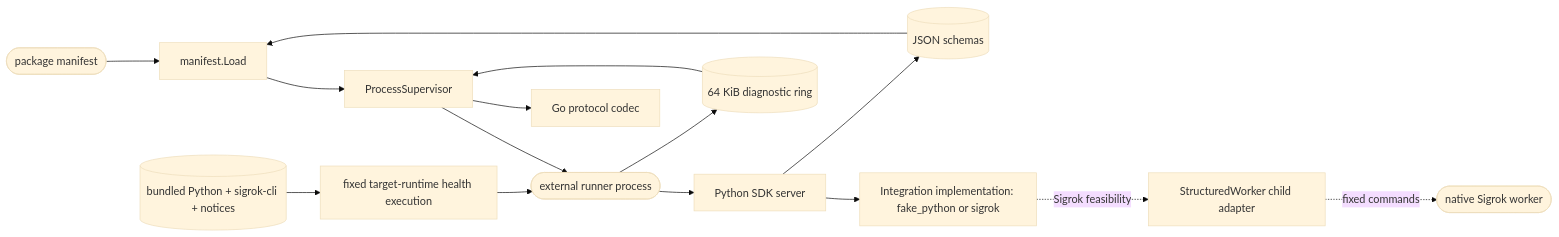
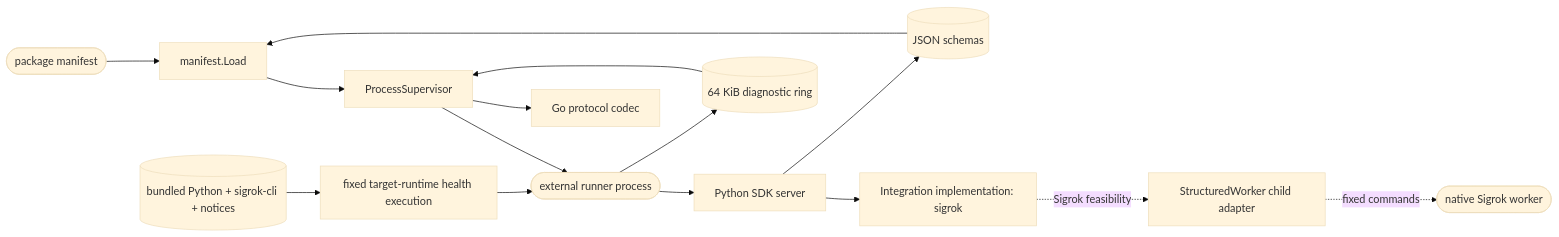
Before and after one commit to DDP-Engineering/2026_Networked_Intelligent_Lab_Orchestrator: the diagram in .agentic/knowledge/integration-platform.md, drawn with Mermaid (base theme). The commit also changed other lines of this file and 1093 other files, not shown here.

````diff
--- a/.agentic/knowledge/integration-platform.md
+++ b/.agentic/knowledge/integration-platform.md
@@ -49,28 +49,28 @@
 ```mermaid
 flowchart LR
     manifest(["package manifest"])
     loader["manifest.Load"]
     supervisor["ProcessSupervisor"]
     codec["Go protocol codec"]
     process(["external runner process"])
     sdk["Python SDK server"]
-    plugin["Integration implementation: fake_python or sigrok"]
+    plugin["Integration implementation: sigrok"]
     schemas[("JSON schemas")]
     stderr[("64 KiB diagnostic ring")]
     manifest --> loader
     schemas --> loader
     loader --> supervisor
     supervisor --> process
     supervisor --> codec
     process --> sdk
     sdk --> plugin
     bundle_runtime[("bundled Python + sigrok-cli + notices")]
     bundle_health["fixed target-runtime health execution"]
     bundle_runtime --> bundle_health
     bundle_health --> process
     plugin -. Sigrok feasibility .-> worker["StructuredWorker child adapter"]
     worker -. fixed commands .-> native(["native Sigrok worker"])
     sdk --> schemas
     process --> stderr
     stderr --> supervisor
 ```
````
